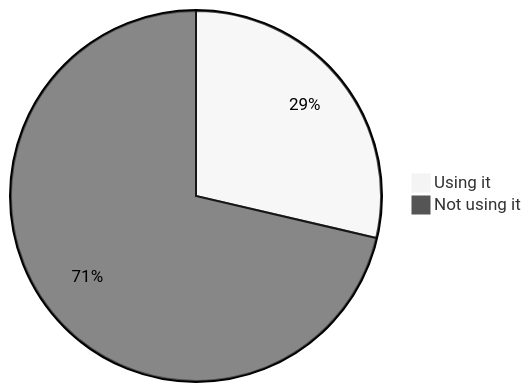
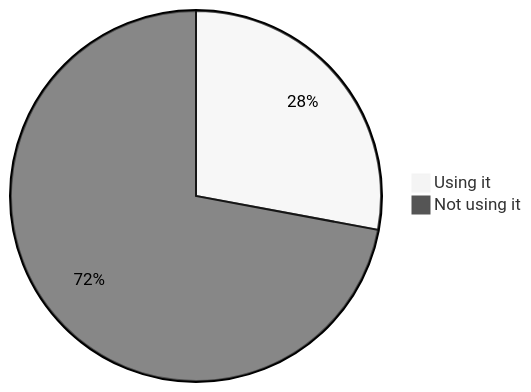
One commit to oshp/oshp-stats changed diagram 15 of 22 in stats.md. Above: the diagram before and after it, drawn with Mermaid (neutral theme). The commit also changed other lines of this file, not shown here.

````diff
--- a/stats.md
+++ b/stats.md
@@ -178,6 +178,6 @@
 ```mermaid
 pie
-	"Using it" : 28.64
-	"Not using it" : 71.36
+	"Using it" : 27.93
+	"Not using it" : 72.07
 
 ```
````
